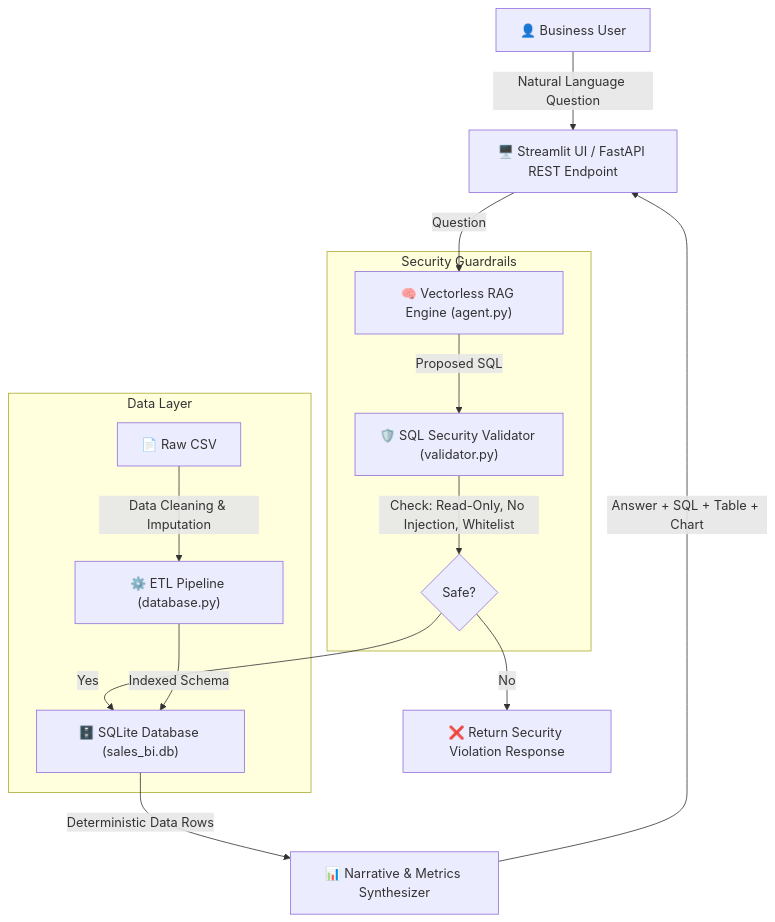
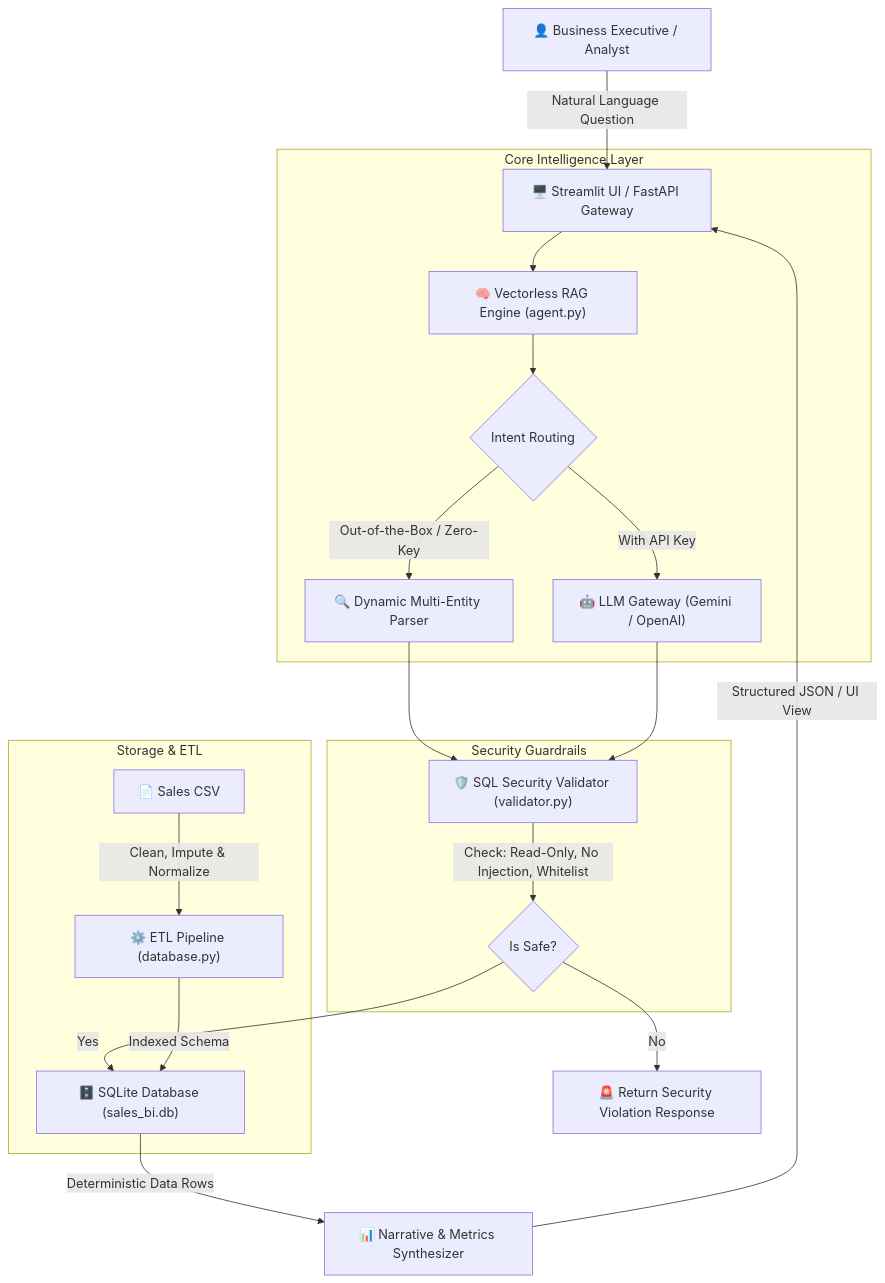
One commit to chandrashekar-chandu/RSG_task changed the diagram in README.md. Above: the diagram before and after it, drawn with Mermaid. The commit also changed other lines of this file and 5 other files, not shown here.

Commit message:
feat: complete Vectorless RAG assistant with hybrid query parsing, LLM gateway, and full documentation

````diff
--- a/README.md
+++ b/README.md
@@ -39,21 +72,28 @@
 ```mermaid
 flowchart TD
-    User["👤 Business User"] -->|Natural Language Question| UI["🖥️ Streamlit UI / FastAPI REST Endpoint"]
-    UI -->|Question| Agent["🧠 Vectorless RAG Engine (agent.py)"]
+    User["👤 Business Executive / Analyst"] -->|Natural Language Question| UI["🖥️ Streamlit UI / FastAPI Gateway"]
+    
+    subgraph Core Intelligence Layer
+        UI --> Agent["🧠 Vectorless RAG Engine (agent.py)"]
+        Agent --> Router{"Intent Routing"}
+        Router -->|Out-of-the-Box / Zero-Key| SemanticParser["🔍 Dynamic Multi-Entity Parser"]
+        Router -->|With API Key| LLMGateway["🤖 LLM Gateway (Gemini / OpenAI)"]
+    end
     
     subgraph Security Guardrails
-        Agent -->|Proposed SQL| Validator["🛡️ SQL Security Validator (validator.py)"]
-        Validator -->|Check: Read-Only, No Injection, Whitelist| Valid{Safe?}
+        SemanticParser --> Validator["🛡️ SQL Security Validator (validator.py)"]
+        LLMGateway --> Validator
+        Validator -->|Check: Read-Only, No Injection, Whitelist| Valid{Is Safe?}
     end
     
-    Valid -->|No| Reject["❌ Return Security Violation Response"]
+    Valid -->|No| Reject["🚨 Return Security Violation Response"]
     Valid -->|Yes| DBEngine["🗄️ SQLite Database (sales_bi.db)"]
     
-    subgraph Data Layer
-        CSV["📄 Raw CSV"] -->|Data Cleaning & Imputation| ETL["⚙️ ETL Pipeline (database.py)"]
+    subgraph Storage & ETL
+        CSV["📄 Sales CSV"] -->|Clean, Impute & Normalize| ETL["⚙️ ETL Pipeline (database.py)"]
         ETL -->|Indexed Schema| DBEngine
     end
     
     DBEngine -->|Deterministic Data Rows| Synthesizer["📊 Narrative & Metrics Synthesizer"]
-    Synthesizer -->|Answer + SQL + Table + Chart| UI
+    Synthesizer -->|Structured JSON / UI View| UI
 ```
````
